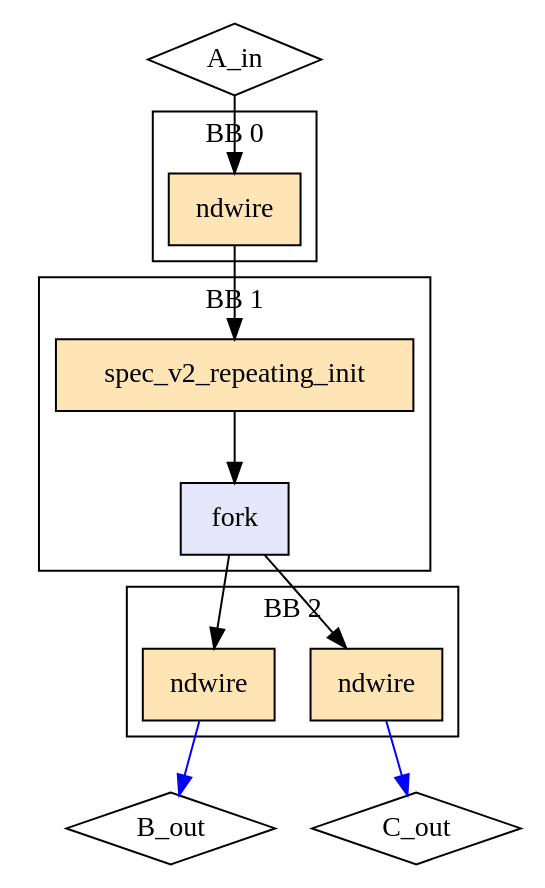
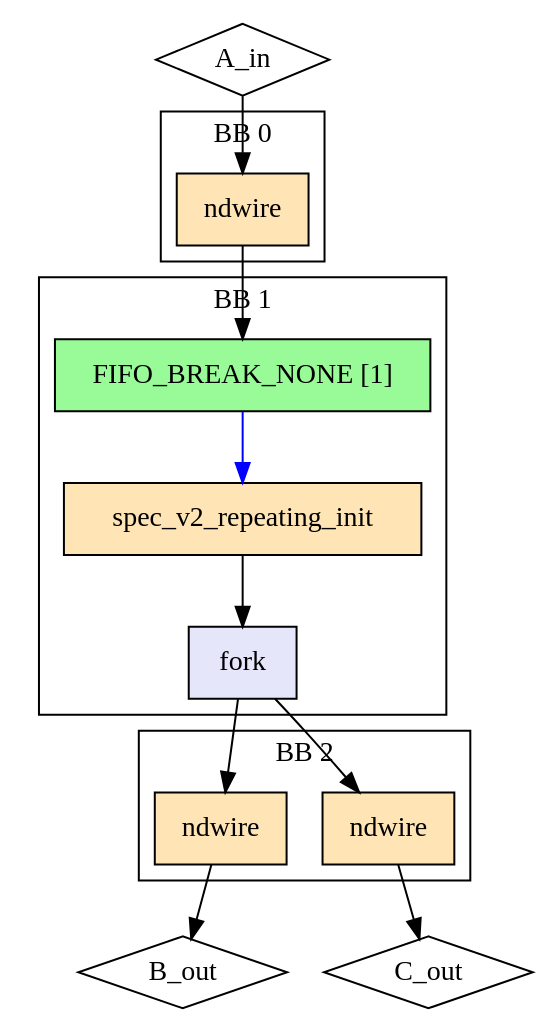
The diagram in experimental/tools/elastic-miter/out/swap/ri_fork/lhs_reachability/model.dot (EPFL-LAP/dynamatic), drawn with Graphviz before and after one commit. The commit also changed 454 other files, not shown here.

```diff
--- a/experimental/tools/elastic-miter/out/swap/ri_fork/lhs_reachability/model.dot
+++ b/experimental/tools/elastic-miter/out/swap/ri_fork/lhs_reachability/model.dot
@@ -1,28 +1,30 @@
 Digraph G {
   splines=spline
   compound=true
   "A_in" ["style"="solid", "shape"="diamond", "label"="A_in", "mlir_op"="handshake.func"]
   "B_out" ["style"="solid", "shape"="diamond", "label"="B_out", "mlir_op"="handshake.func"]
   "C_out" ["style"="solid", "shape"="diamond", "label"="C_out", "mlir_op"="handshake.func"]
   "A_in" -> "ndw_in_A_in" ["dir"="both", "style"="solid", "arrowhead"="normal", "from_idx"="0", "to"="ins", "arrowtail"="none", "from"="A_in", "to_idx"="0"]
-  "ndw_in_A_in" -> "ri" ["dir"="both", "style"="solid", "arrowhead"="normal", "from_idx"="0", "to"="ins", "arrowtail"="none", "from"="outs", "to_idx"="0"]
-  "ndw_out_B_out" -> "B_out" ["dir"="both", "style"="solid", "arrowhead"="normal", "from_idx"="0", "color"="blue", "to"="B_out", "arrowtail"="none", "from"="outs", "to_idx"="0"]
-  "ndw_out_C_out" -> "C_out" ["dir"="both", "style"="solid", "arrowhead"="normal", "from_idx"="0", "color"="blue", "to"="C_out", "arrowtail"="none", "from"="outs", "to_idx"="1"]
+  "ndw_in_A_in" -> "buffer" ["dir"="both", "style"="solid", "arrowhead"="normal", "from_idx"="0", "to"="ins", "arrowtail"="none", "from"="outs", "to_idx"="0"]
+  "ndw_out_B_out" -> "B_out" ["dir"="both", "style"="solid", "arrowhead"="normal", "from_idx"="0", "to"="B_out", "arrowtail"="none", "from"="outs", "to_idx"="0"]
+  "ndw_out_C_out" -> "C_out" ["dir"="both", "style"="solid", "arrowhead"="normal", "from_idx"="0", "to"="C_out", "arrowtail"="none", "from"="outs", "to_idx"="1"]
   "fork" -> "ndw_out_B_out" ["dir"="both", "style"="solid", "arrowhead"="normal", "from_idx"="0", "to"="ins", "arrowtail"="none", "from"="outs_0", "to_idx"="0"]
   "fork" -> "ndw_out_C_out" ["dir"="both", "style"="solid", "arrowhead"="normal", "from_idx"="1", "to"="ins", "arrowtail"="none", "from"="outs_1", "to_idx"="0"]
   subgraph cluster0 {
     graph ["label"="BB 0"]
     "ndw_in_A_in" ["style"="filled", "fillcolor"="moccasin", "shape"="box", "label"="ndwire", "mlir_op"="handshake.ndwire"]
   }
   subgraph cluster2 {
     graph ["label"="BB 2"]
     "ndw_out_B_out" ["style"="filled", "fillcolor"="moccasin", "shape"="box", "label"="ndwire", "mlir_op"="handshake.ndwire"]
     "ndw_out_C_out" ["style"="filled", "fillcolor"="moccasin", "shape"="box", "label"="ndwire", "mlir_op"="handshake.ndwire"]
   }
   subgraph cluster1 {
     graph ["label"="BB 1"]
+    "buffer" ["style"="filled", "fillcolor"="palegreen", "shape"="box", "label"="FIFO_BREAK_NONE [1]", "mlir_op"="handshake.buffer"]
     "ri" ["style"="filled", "fillcolor"="moccasin", "shape"="box", "label"="spec_v2_repeating_init", "mlir_op"="handshake.spec_v2_repeating_init"]
     "fork" ["style"="filled", "fillcolor"="lavender", "shape"="box", "label"="fork", "mlir_op"="handshake.fork"]
+    "buffer" -> "ri" ["dir"="both", "style"="solid", "arrowhead"="normal", "from_idx"="0", "color"="blue", "to"="ins", "arrowtail"="none", "from"="outs", "to_idx"="0"]
     "ri" -> "fork" ["dir"="both", "style"="solid", "arrowhead"="normal", "from_idx"="0", "to"="ins", "arrowtail"="none", "from"="outs", "to_idx"="0"]
   }
 }
```
